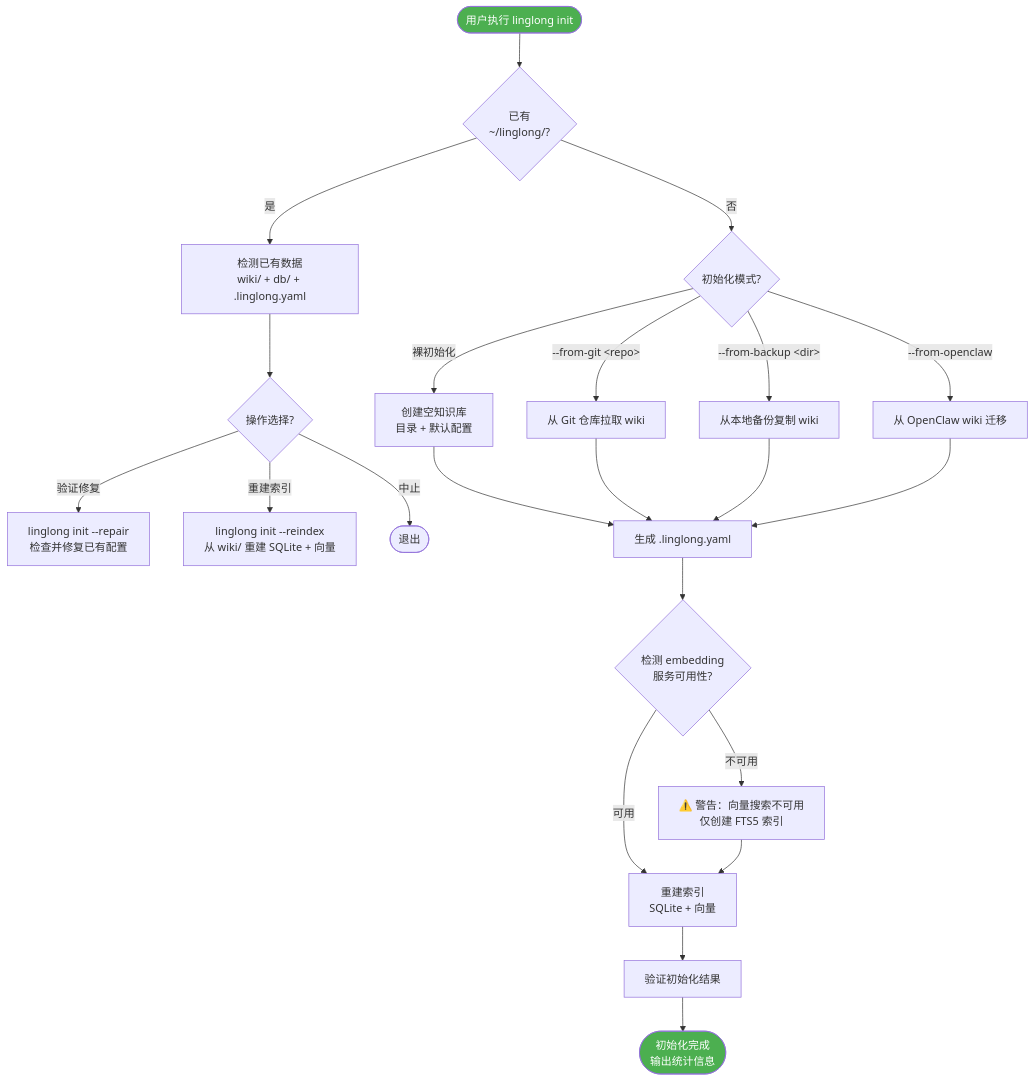
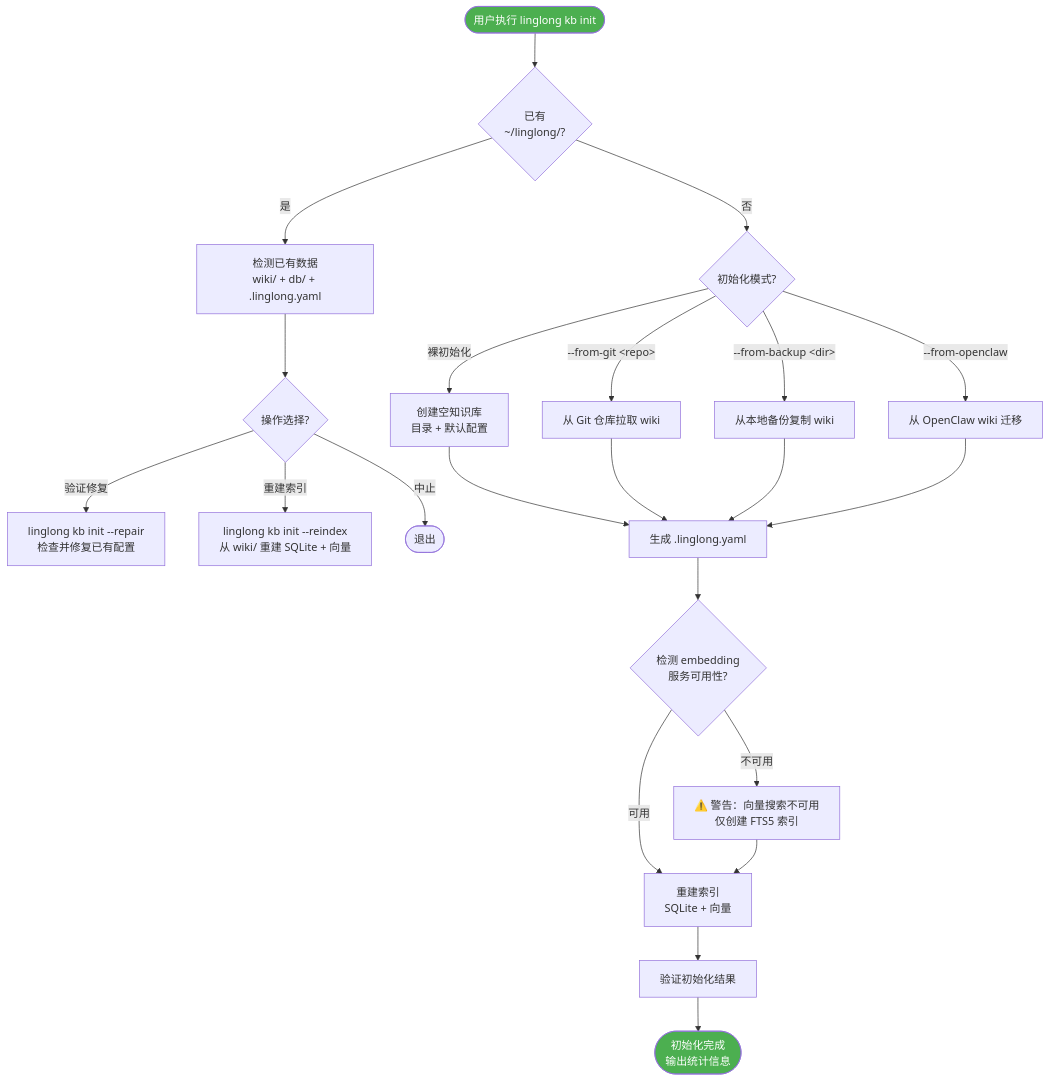
Before and after one commit to xinovate/linglong-knowledge: the first of 3 diagrams in docs/knowledge/design/08-init-and-concurrency.md, drawn with Mermaid. The commit also changed other lines of this file and 23 other files, not shown here.

````diff
--- a/docs/knowledge/design/08-init-and-concurrency.md
+++ b/docs/knowledge/design/08-init-and-concurrency.md
@@ -23,33 +23,33 @@
 ```mermaid
 flowchart TD
-    Start([用户执行 linglong init]) --> Check{"已有<br/>~/linglong/?"}
+    Start([用户执行 linglong kb init]) --> Check{"已有<br/>~/linglong/?"}
 
     Check -->|"是"| Found["检测已有数据<br/>wiki/ + db/ + .linglong.yaml"]
     Found --> AskAction{"操作选择?"}
-    AskAction -->|"验证修复"| Verify["linglong init --repair<br/>检查并修复已有配置"]
-    AskAction -->|"重建索引"| Rebuild["linglong init --reindex<br/>从 wiki/ 重建 SQLite + 向量"]
+    AskAction -->|"验证修复"| Verify["linglong kb init --repair<br/>检查并修复已有配置"]
+    AskAction -->|"重建索引"| Rebuild["linglong kb init --reindex<br/>从 wiki/ 重建 SQLite + 向量"]
     AskAction -->|"中止"| Abort([退出])
 
     Check -->|"否"| Mode{"初始化模式?"}
 
     Mode -->|"裸初始化"| Bare["创建空知识库<br/>目录 + 默认配置"]
     Mode -->|"--from-git &lt;repo&gt;"| Git["从 Git 仓库拉取 wiki"]
     Mode -->|"--from-backup &lt;dir&gt;"| Backup["从本地备份复制 wiki"]
     Mode -->|"--from-openclaw"| Migrate["从 OpenClaw wiki 迁移"]
 
     Bare --> Config["生成 .linglong.yaml"]
     Git --> Config
     Backup --> Config
     Migrate --> Config
 
     Config --> Embedding{"检测 embedding<br/>服务可用性?"}
     Embedding -->|"可用"| BuildIndex["重建索引<br/>SQLite + 向量"]
     Embedding -->|"不可用"| Warn["⚠️ 警告：向量搜索不可用<br/>仅创建 FTS5 索引"]
     Warn --> BuildIndex
 
     BuildIndex --> VerifyInit["验证初始化结果"]
     VerifyInit --> Done([初始化完成<br/>输出统计信息])
 
     style Start fill:#4CAF50,color:#fff
     style Done fill:#4CAF50,color:#fff
 ```
````
